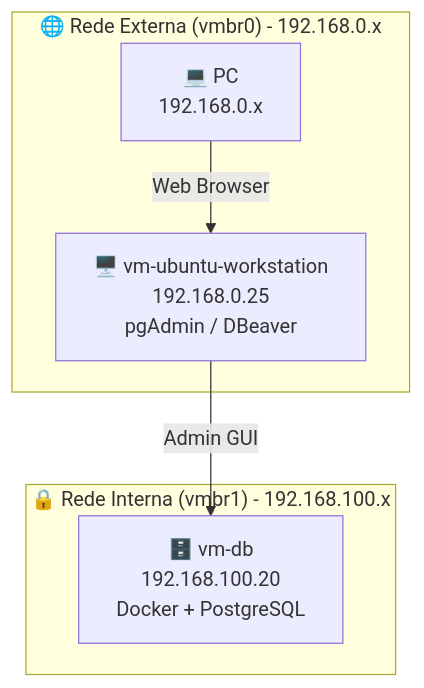
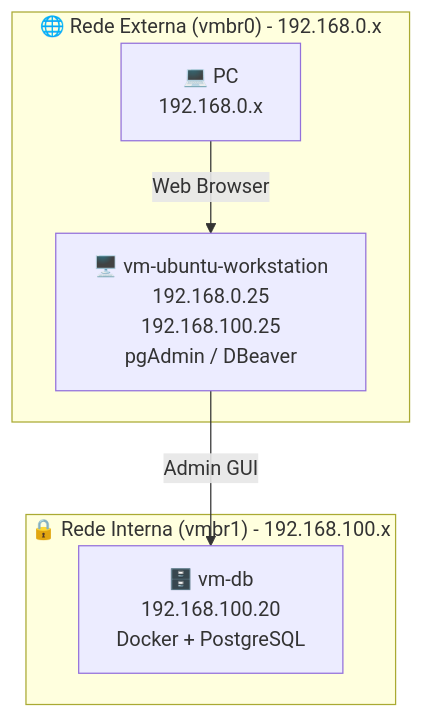
One commit to golberysantos/javahelpers changed the second of 2 diagrams in JavaHelper-AI/docs/architecture/mini-datacenter-documentation.md. Above: the diagram before and after it, drawn with Mermaid. The commit also changed other lines of this file and 1 other file, not shown here.

````diff
--- a/JavaHelper-AI/docs/architecture/mini-datacenter-documentation.md
+++ b/JavaHelper-AI/docs/architecture/mini-datacenter-documentation.md
@@ -96,15 +97,15 @@
 ```mermaid
 flowchart TB
-    PC["💻 PC\n192.168.0.x"] -->|Web Browser| VMWS["🖥️ vm-ubuntu-workstation\n192.168.0.25\npgAdmin / DBeaver"]
+    PC["💻 PC\n192.168.0.x"] -->|Web Browser| VMWS["🖥️ vm-ubuntu-workstation\n192.168.0.25\n192.168.100.25\npgAdmin / DBeaver"]
     VMWS -->|Admin GUI| VMDB["🗄️ vm-db\n192.168.100.20\nDocker + PostgreSQL"]
 
     subgraph External_Network ["🌐 Rede Externa (vmbr0) - 192.168.0.x"]
         PC
         VMWS
     end
 
     subgraph Internal_Network ["🔒 Rede Interna (vmbr1) - 192.168.100.x"]
         VMWS
         VMDB
     end
 ```
````
